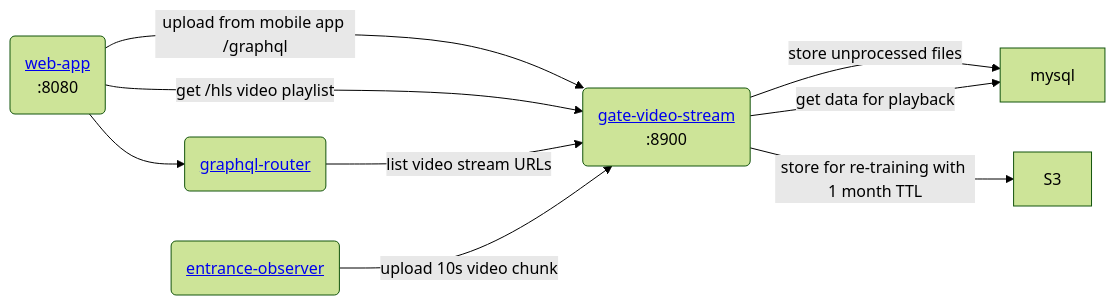
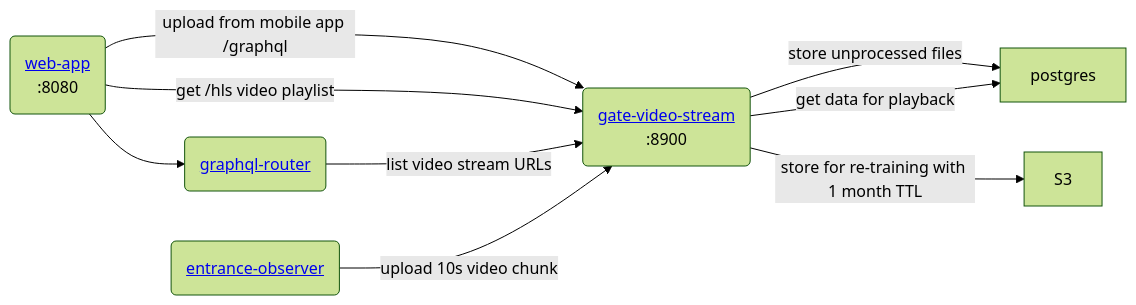
One commit to Gratheon/gate-video-stream changed the diagram in README.md. Above: the diagram before and after it, drawn with Mermaid (forest theme). The commit also changed other lines of this file and 19 other files, not shown here.

````diff
--- a/README.md
+++ b/README.md
@@ -25,10 +25,10 @@
 ```mermaid
 flowchart LR
 	web-app --"upload from mobile app /graphql"--> gate-video-stream
 	web-app --"get /hls video playlist"--> gate-video-stream
-	gate-video-stream --"store unprocessed files" --> mysql
+	gate-video-stream --"store unprocessed files" --> postgres
 
-    web-app("<a href='https://github.com/Gratheon/web-app'>web-app</a>\n:8080") --> graphql-router("<a href='https://github.com/Gratheon/graphql-router'>graphql-router</a>") --"list video stream URLs"--> gate-video-stream("<a href='https://github.com/Gratheon/gate-video-stream'>gate-video-stream</a>\n:8900") -- "get data for playback" --> mysql
+    web-app("<a href='https://github.com/Gratheon/web-app'>web-app</a>\n:8080") --> graphql-router("<a href='https://github.com/Gratheon/graphql-router'>graphql-router</a>") --"list video stream URLs"--> gate-video-stream("<a href='https://github.com/Gratheon/gate-video-stream'>gate-video-stream</a>\n:8900") -- "get data for playback" --> postgres
 
 	entrance-observer("<a href='https://github.com/Gratheon/entrance-observer'>entrance-observer</a>") --"upload 10s video chunk"--> gate-video-stream  --"store for re-training with 1 month TTL"--> S3
 ```
````
